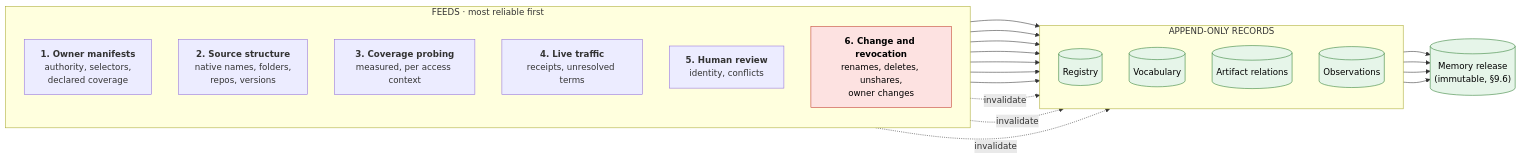
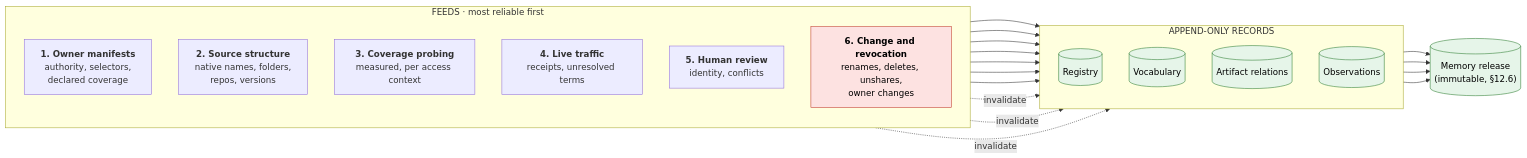
Before and after one commit to arunmenon/sanctum: the fourth of 9 diagrams in design/intelligence-layer/memory-design.md, drawn with Mermaid. The commit also changed other lines of this file and 11 other files, not shown here.

````diff
--- a/design/intelligence-layer/memory-design.md
+++ b/design/intelligence-layer/memory-design.md
@@ -279,34 +279,34 @@
 ```mermaid
 flowchart LR
     subgraph FEEDS["FEEDS · most reliable first"]
         direction TB
         f1["<b>1. Owner manifests</b><br/>authority, selectors,<br/>declared coverage"]
         f2["<b>2. Source structure</b><br/>native names, folders,<br/>repos, versions"]
         f3["<b>3. Coverage probing</b><br/>measured, per access context"]
         f4["<b>4. Live traffic</b><br/>receipts, unresolved terms"]
         f5["<b>5. Human review</b><br/>identity, conflicts"]
         f6["<b>6. Change and revocation</b><br/>renames, deletes, unshares,<br/>owner changes"]
     end
     subgraph REC["APPEND-ONLY RECORDS"]
         direction TB
         r1[("Registry")]
         r2[("Vocabulary")]
         r3[("Artifact relations")]
         r4[("Observations")]
     end
-    REL[("Memory release<br/>(immutable, §9.6)")]
+    REL[("Memory release<br/>(immutable, §12.6)")]
     f1 --> r1
     f2 --> r2
     f2 --> r3
     f3 --> r1
     f4 --> r4
     f5 --> r2
     f5 --> r3
     f6 -. "invalidate" .-> r1 & r2 & r3
     r1 & r2 & r3 & r4 --> REL
 
     classDef mem fill:#e6f5e9,stroke:#2e7d32,color:#000
     classDef policy fill:#fde2e1,stroke:#c0392b,color:#000
     class r1,r2,r3,r4,REL mem
     class f6 policy
 ```
````
